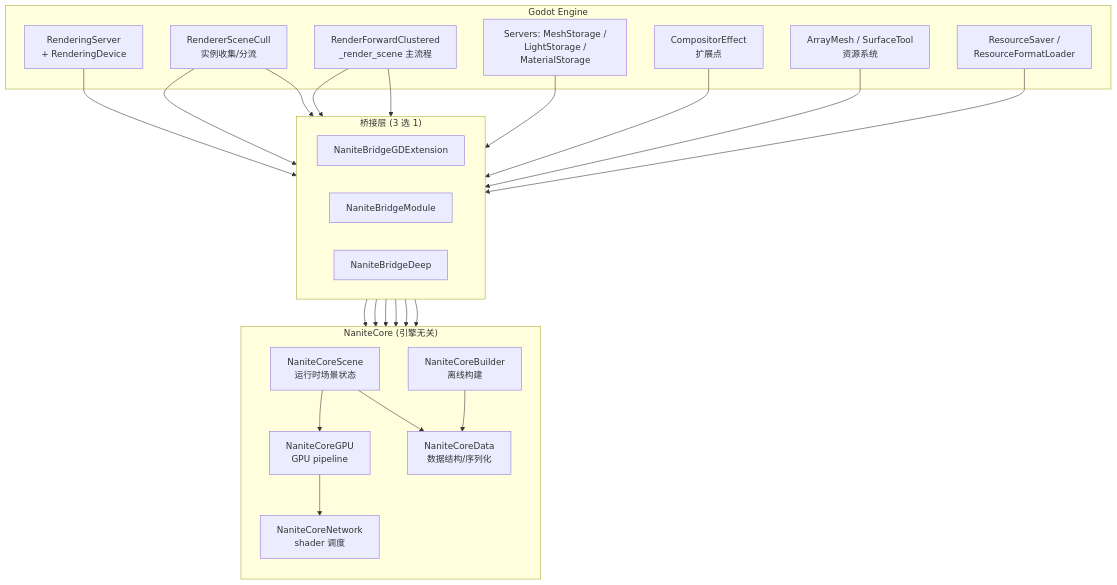
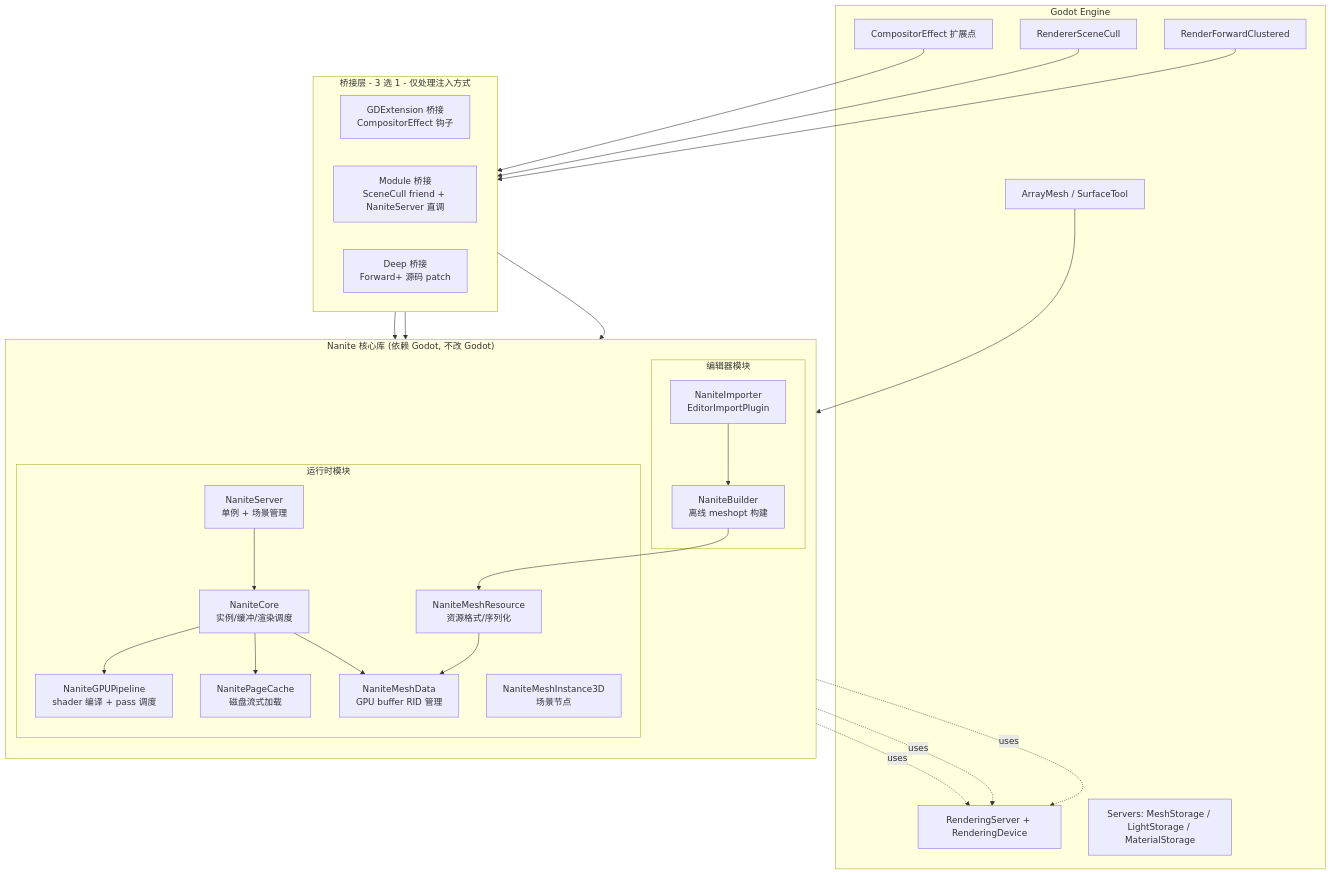
One commit to alonecat06/godot changed diagram 17 of 30 in sourcecode_analysis/nanite-godot-design.md. Above: the diagram before and after it, drawn with Mermaid. The commit also changed other lines of this file, not shown here.

First line of the commit message:
docs: redesign section 9 - Godot-dependent core + thin bridges

````diff
--- a/sourcecode_analysis/nanite-godot-design.md
+++ b/sourcecode_analysis/nanite-godot-design.md
@@ -2397,55 +2413,61 @@
 ```mermaid
 flowchart TB
     subgraph Godot["Godot Engine"]
-        RS[RenderingServer<br/>+ RenderingDevice]
-        RSC[RendererSceneCull<br/>实例收集/分流]
-        RFC[RenderForwardClustered<br/>_render_scene 主流程]
-        ST[Servers: MeshStorage /<br/> LightStorage / MaterialStorage]
-        CE[CompositorEffect<br/>扩展点]
-        MSH[ArrayMesh / SurfaceTool<br/>资源系统]
-        RES[ResourceSaver /<br/> ResourceFormatLoader]
+        RS[RenderingServer + RenderingDevice]
+        RSC[RendererSceneCull]
+        RFC[RenderForwardClustered]
+        ST[Servers: MeshStorage / LightStorage / MaterialStorage]
+        CE[CompositorEffect 扩展点]
+        MSH[ArrayMesh / SurfaceTool]
     end
 
-    subgraph Bridge["桥接层 (3 选 1)"]
-        direction LR
-        B1[NaniteBridgeGDExtension]
-        B2[NaniteBridgeModule]
-        B3[NaniteBridgeDeep]
+    subgraph Core["Nanite 核心库 (依赖 Godot, 不改 Godot)"]
+        direction TB
+        subgraph CoreRT["运行时模块"]
+            NS[NaniteServer<br/>单例 + 场景管理]
+            NMD[NaniteMeshData<br/>GPU buffer RID 管理]
+            NMC[NaniteCore<br/>实例/缓冲/渲染调度]
+            NPC[NanitePageCache<br/>磁盘流式加载]
+            NGP[NaniteGPUPipeline<br/>shader 编译 + pass 调度]
+            NMR[NaniteMeshResource<br/>资源格式/序列化]
+            NMI[NaniteMeshInstance3D<br/>场景节点]
+        end
+        subgraph CoreEditor["编辑器模块"]
+            NB[NaniteBuilder<br/>离线 meshopt 构建]
+            NI[NaniteImporter<br/>EditorImportPlugin]
+        end
     end
 
-    subgraph Core["NaniteCore (引擎无关)"]
-        direction TB
-        CS[NaniteCoreScene<br/>运行时场景状态]
-        CB[NaniteCoreBuilder<br/>离线构建]
-        CG[NaniteCoreGPU<br/>GPU pipeline]
-        CN[NaniteCoreNetwork<br/>shader 调度]
-        CD[NaniteCoreData<br/>数据结构/序列化]
+    subgraph Bridge["桥接层 - 3 选 1 - 仅处理注入方式"]
+        direction LR
+        B1[GDExtension 桥接<br/>CompositorEffect 钩子]
+        B2[Module 桥接<br/>SceneCull friend + NaniteServer 直调]
+        B3[Deep 桥接<br/>Forward+ 源码 patch]
     end
 
     %% Engine → Bridge → Core
-    RS --> B1
     CE --> B1
-    B1 --> CS
     RSC --> B2
-    RFC --> B2
-    B2 --> CS
     RFC --> B3
-    RSC --> B3
-    ST --> B3
-    B3 --> CS
+
+    B1 --> NS
+    B2 --> NS
+    B3 --> NS
 
     %% Core internal
-    CS --> CG
-    CB --> CD
-    CG --> CN
-    CS --> CD
+    NS --> NMC
+    NMC --> NGP
+    NMC --> NPC
+    NMC --> NMD
+    NMR --> NMD
 
-    %% Bridge accesses core
-    B1 --> CB
-    B2 --> CB
-    B3 --> CB
+    %% Core uses Godot types directly
+    NMC -. uses .-> RS
+    NGP -. uses .-> RS
+    NPC -. uses .-> RS
 
     %% Mesh import path
-    MSH --> Bridge
-    RES --> Bridge
+    MSH --> NI
+    NI --> NB
+    NB --> NMR
 ```
````
